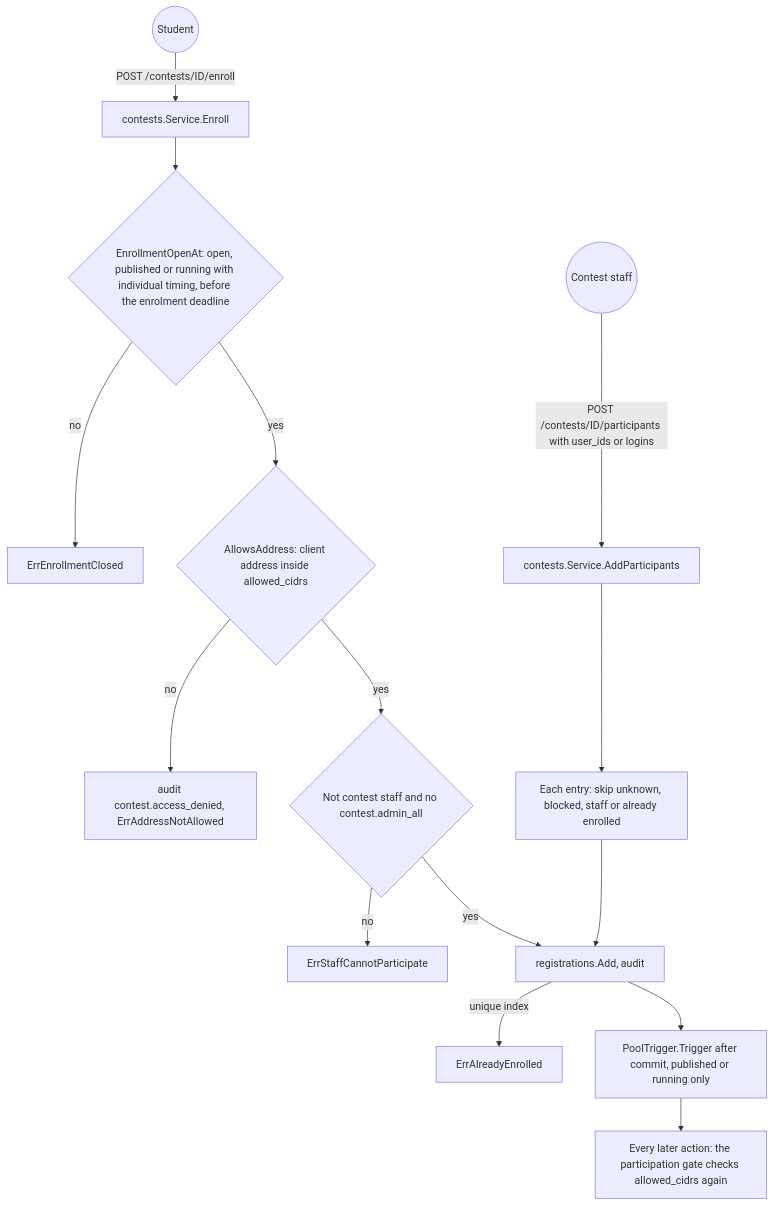
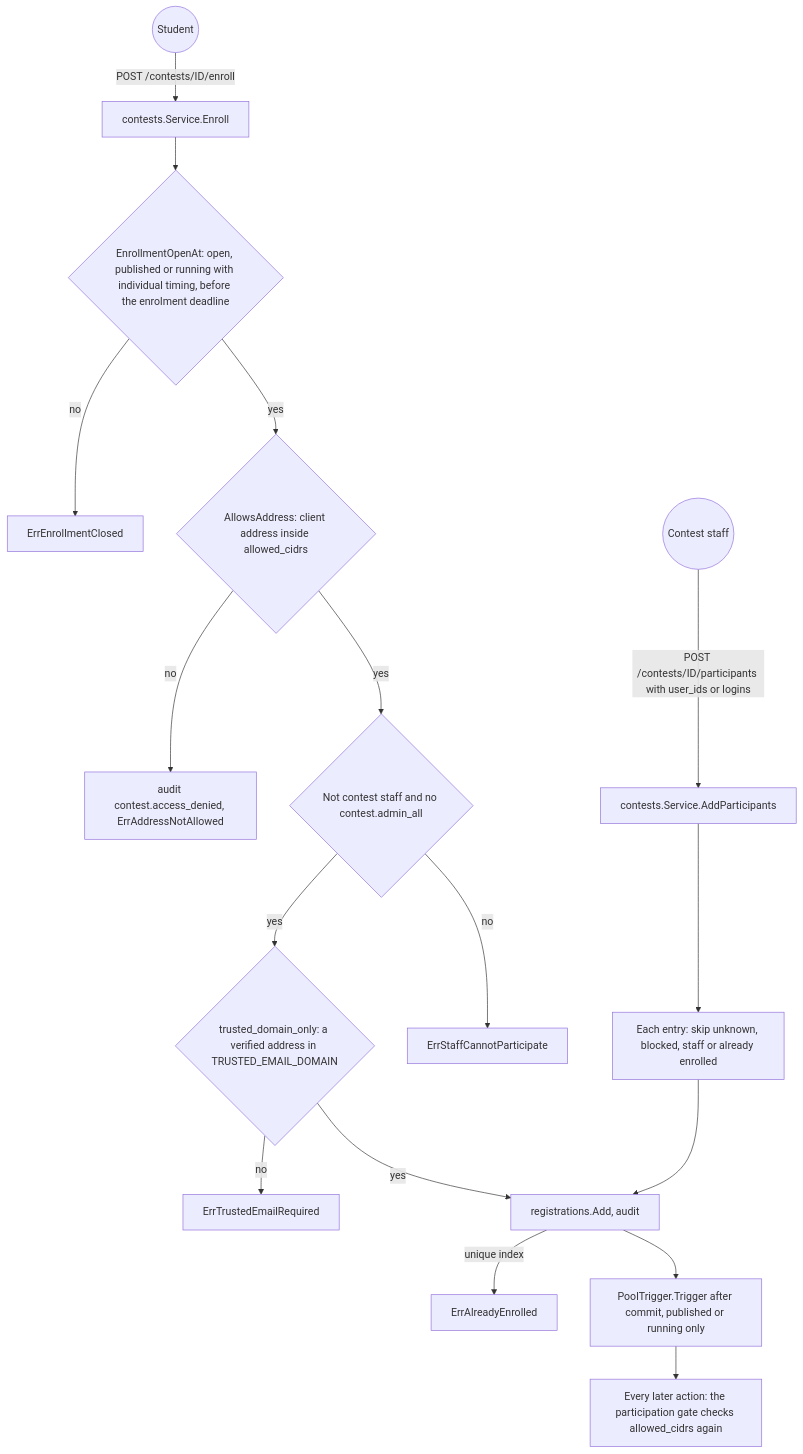
One commit to devrdn/olymp-db-platform changed the fourth of 14 diagrams in docs/guide/03-flows.md. Above: the diagram before and after it, drawn with Mermaid. The commit also changed 25 other files, not shown here.

Commit message:
feat(contests): let a contest admit only verified addresses of the installation's domain

````diff
--- a/docs/guide/03-flows.md
+++ b/docs/guide/03-flows.md
@@ -260,17 +260,19 @@
 ```mermaid
 flowchart TD
     student(("Student")) -->|"POST /contests/ID/enroll"| enroll["contests.Service.Enroll"]
     enroll --> open{"EnrollmentOpenAt: open, published or running with individual timing, before the enrolment deadline"}
     open -->|"no"| closed["ErrEnrollmentClosed"]
     open -->|"yes"| cidr{"AllowsAddress: client address inside allowed_cidrs"}
     cidr -->|"no"| denied["audit contest.access_denied, ErrAddressNotAllowed"]
     cidr -->|"yes"| staffcheck{"Not contest staff and no contest.admin_all"}
+    staffcheck -->|"yes"| trusted{"trusted_domain_only: a verified address in TRUSTED_EMAIL_DOMAIN"}
+    trusted -->|"no"| trustedno["ErrTrustedEmailRequired"]
     staff(("Contest staff")) -->|"POST /contests/ID/participants with user_ids or logins"| add["contests.Service.AddParticipants"]
     add --> rows["Each entry: skip unknown, blocked, staff or already enrolled"]
     staffcheck -->|"no"| staffno["ErrStaffCannotParticipate"]
-    staffcheck -->|"yes"| insert["registrations.Add, audit"]
+    trusted -->|"yes"| insert["registrations.Add, audit"]
     rows --> insert
     insert -->|"unique index"| dup["ErrAlreadyEnrolled"]
     insert --> trigger["PoolTrigger.Trigger after commit, published or running only"]
     trigger --> gate["Every later action: the participation gate checks allowed_cidrs again"]
 ```
````
